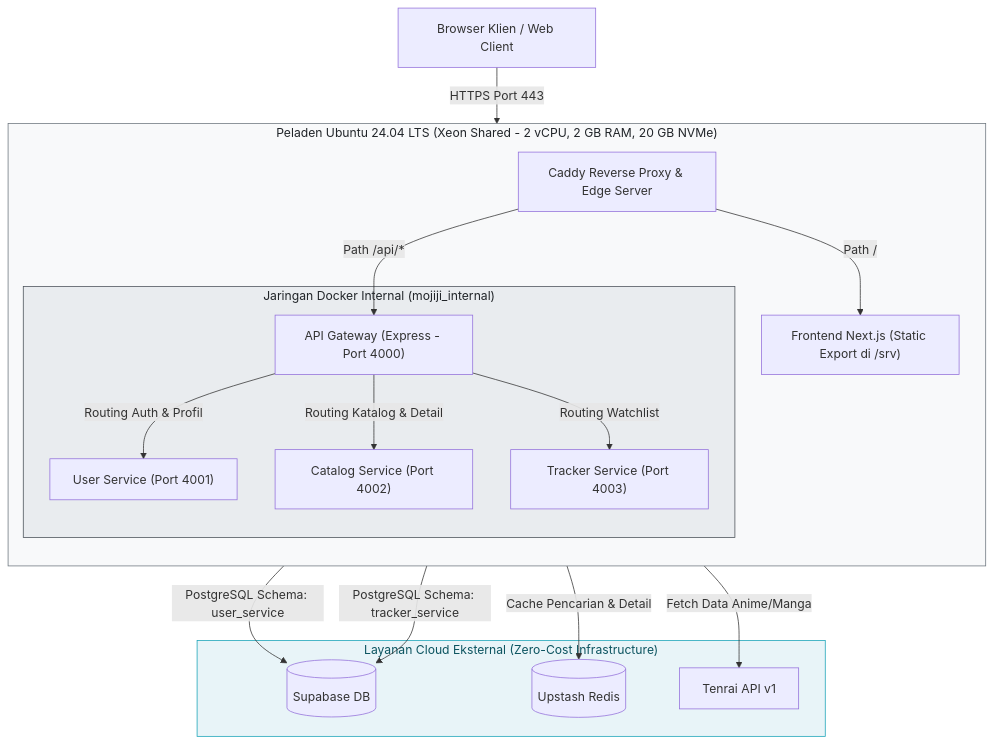
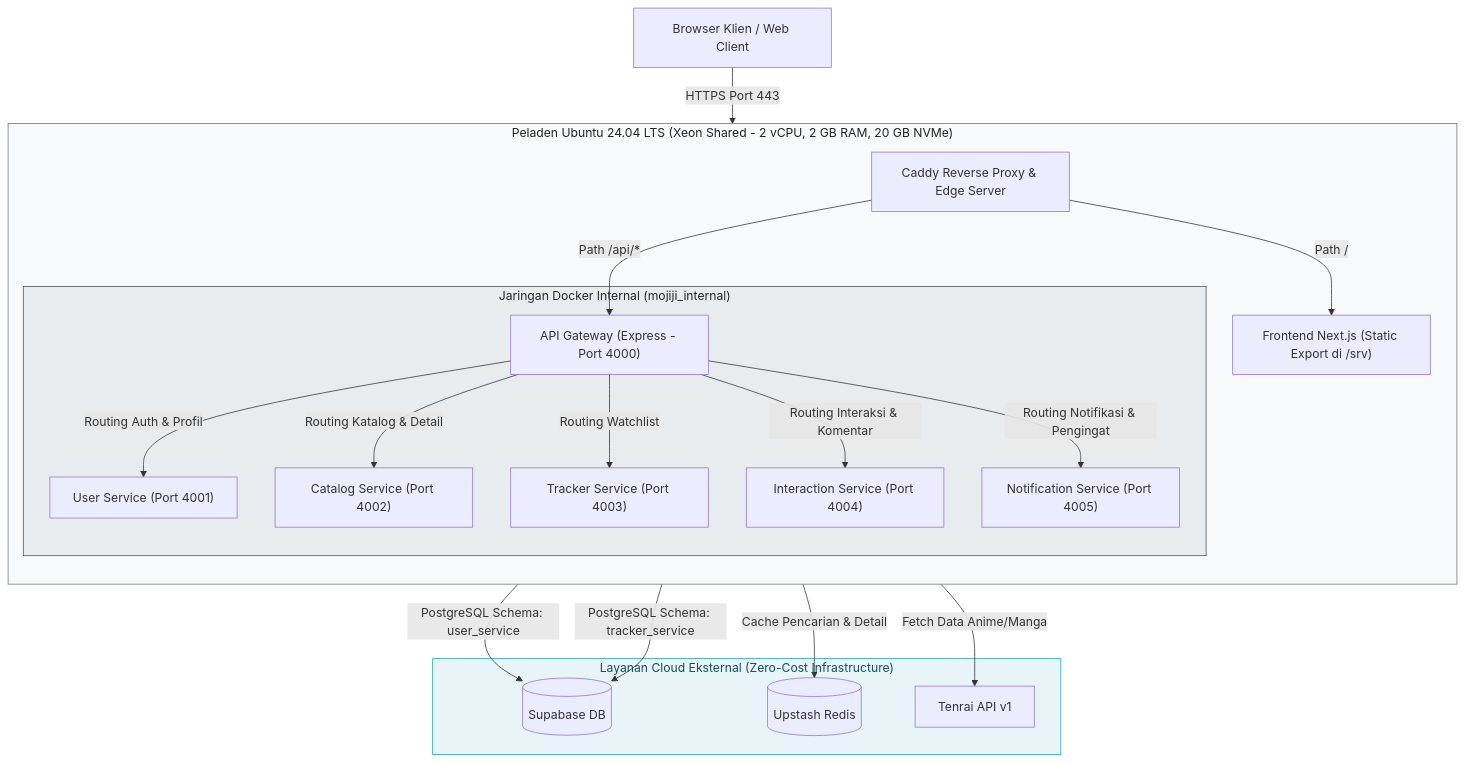
One commit to aji-banyu/mojiji-animelist changed the diagram in README.md. Above: the diagram before and after it, drawn with Mermaid. The commit also changed other lines of this file and 7 other files, not shown here.

````diff
--- a/README.md
+++ b/README.md
@@ -58,27 +58,29 @@
 ```mermaid
 flowchart TD
     Client[Browser Klien / Web Client] -->|HTTPS Port 443| Caddy[Caddy Reverse Proxy & Edge Server]
     
     subgraph HostVPS["Peladen Ubuntu 24.04 LTS (Xeon Shared - 2 vCPU, 2 GB RAM, 20 GB NVMe)"]
         direction TB
         Caddy -->|Path /| StaticWeb["Frontend Next.js (Static Export di /srv)"]
         Caddy -->|Path /api/*| APIGateway["API Gateway (Express - Port 4000)"]
         
         subgraph InternalNetwork["Jaringan Docker Internal (mojiji_internal)"]
             APIGateway -->|Routing Auth & Profil| UserService["User Service (Port 4001)"]
             APIGateway -->|Routing Katalog & Detail| CatalogService["Catalog Service (Port 4002)"]
             APIGateway -->|Routing Watchlist| TrackerService["Tracker Service (Port 4003)"]
+            APIGateway -->|Routing Interaksi & Komentar| InteractionService["Interaction Service (Port 4004)"]
+            APIGateway -->|Routing Notifikasi & Pengingat| NotificationService["Notification Service (Port 4005)"]
         end
     end
 
     subgraph CloudFreeTier["Layanan Cloud Eksternal (Zero-Cost Infrastructure)"]
         UserService -->|PostgreSQL Schema: user_service| Supabase[(Supabase DB)]
         TrackerService -->|PostgreSQL Schema: tracker_service| Supabase
         CatalogService -->|Cache Pencarian & Detail| Upstash[(Upstash Redis)]
         CatalogService -->|Fetch Data Anime/Manga| TenraiAPI[Tenrai API v1]
     end
 
     style HostVPS fill:#f8f9fa,stroke:#6c757d,color:#212529
     style InternalNetwork fill:#e9ecef,stroke:#495057,color:#212529
     style CloudFreeTier fill:#e8f4f8,stroke:#17a2b8,color:#0c5460
 ```
````
